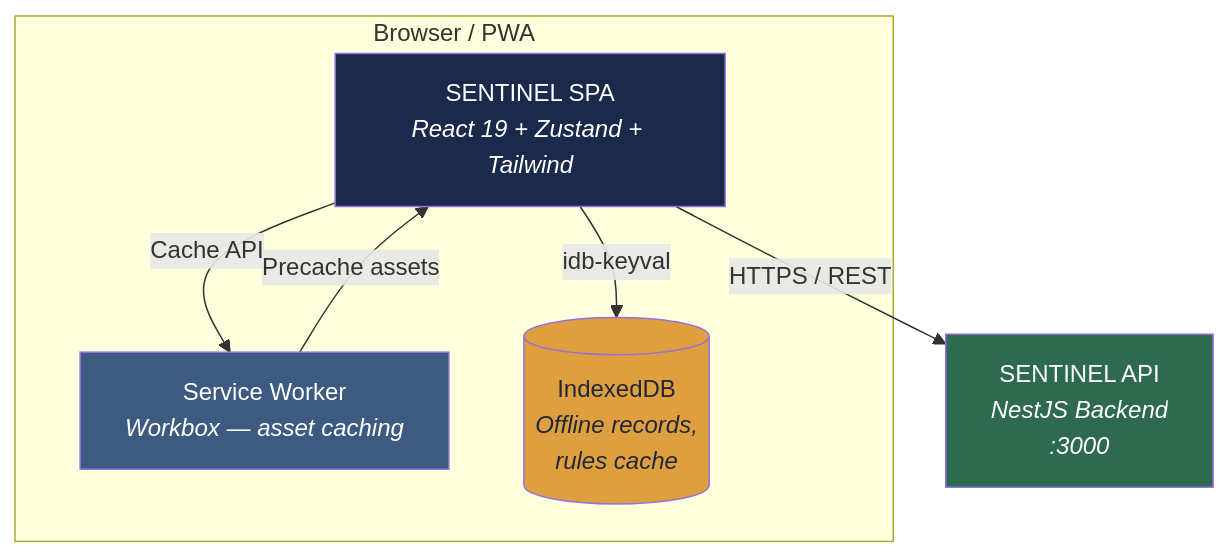
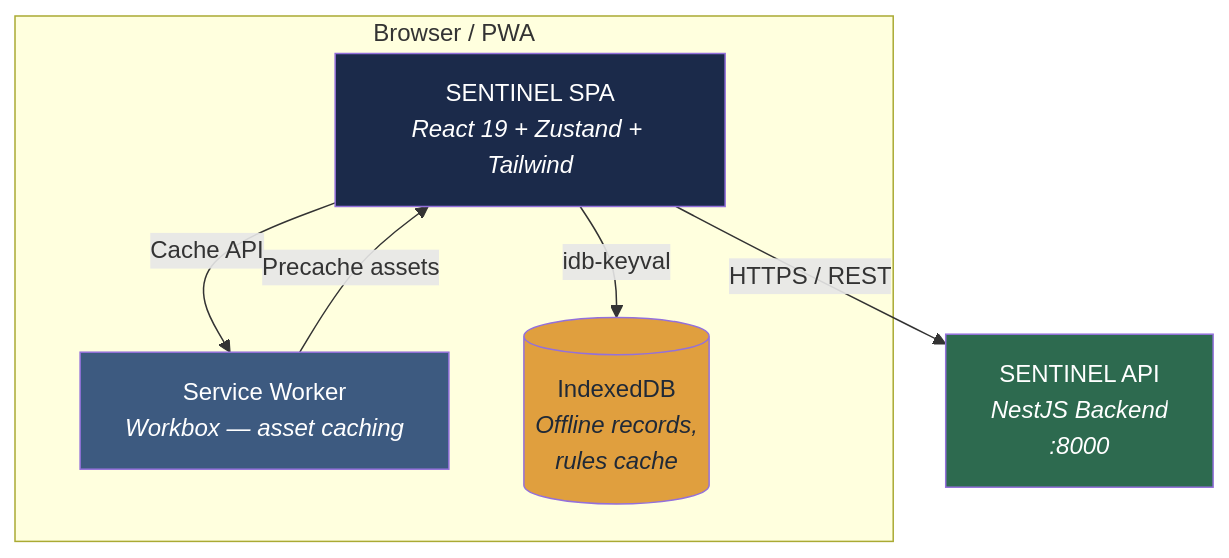
The first of 9 diagrams in docs/frontend-architecture.md (naveenjothi/swe-finserv), drawn with Mermaid before and after one commit. The commit also changed other lines of this file and 8 other files, not shown here.

````diff
--- a/docs/frontend-architecture.md
+++ b/docs/frontend-architecture.md
@@ -48,20 +48,20 @@
 ```mermaid
 graph TB
     subgraph BROWSER["Browser / PWA"]
         SPA["SENTINEL SPA<br/><i>React 19 + Zustand + Tailwind</i>"]
         SW["Service Worker<br/><i>Workbox — asset caching</i>"]
         IDB[("IndexedDB<br/><i>Offline records,<br/>rules cache</i>")]
     end
 
-    API["SENTINEL API<br/><i>NestJS Backend<br/>:3000</i>"]
+    API["SENTINEL API<br/><i>NestJS Backend<br/>:8000</i>"]
 
     SPA -- "HTTPS / REST" --> API
     SPA -- "Cache API" --> SW
     SPA -- "idb-keyval" --> IDB
     SW -- "Precache assets" --> SPA
 
     style SPA fill:#1B2A4A,color:#fff
     style SW fill:#3D5A80,color:#fff
     style IDB fill:#E09F3E,color:#1F2937
     style API fill:#2D6A4F,color:#fff
 ```
````
